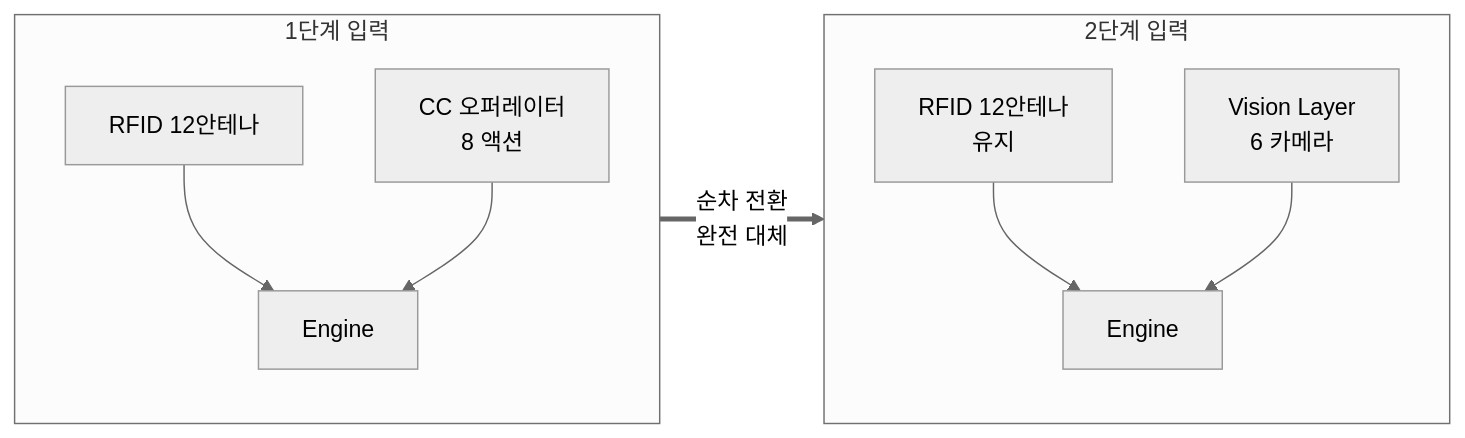
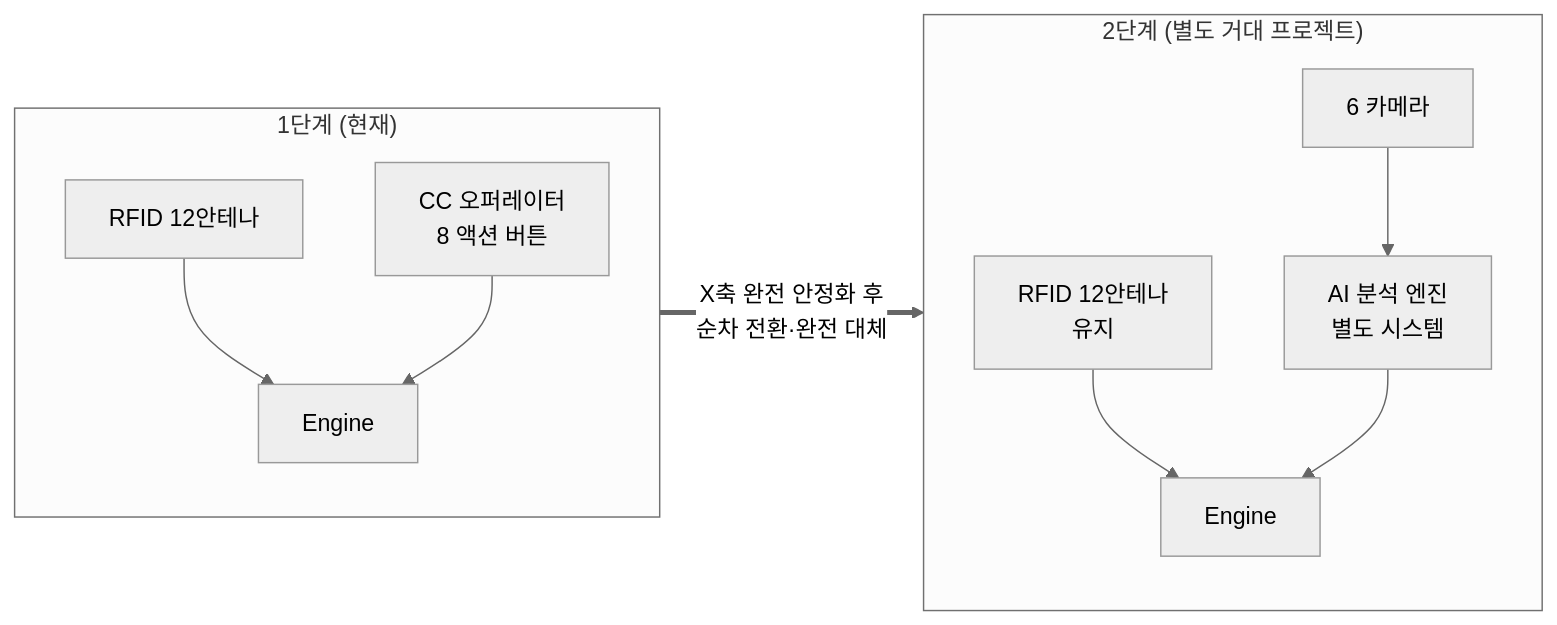
Before and after one commit to garimto81/ebs_github: diagram 14 of 17 in docs/1. Product/Foundation.md, drawn with Mermaid (neutral theme). The commit also changed other lines of this file and 2 other files, not shown here.

Commit message:
docs(foundation): v4.2 - A.1/A.2 실제 스크린샷 + Vision Layer 거대 프로젝트 확장

````diff
--- a/docs/1. Product/Foundation.md
+++ b/docs/1. Product/Foundation.md
@@ -819,12 +879,13 @@
 ```mermaid
 flowchart LR
-    subgraph S1["1단계 입력"]
+    subgraph S1["1단계 (현재)"]
         R1[RFID 12안테나] --> Eng1[Engine]
-        CC[CC 오퍼레이터<br/>8 액션] --> Eng1
+        CC[CC 오퍼레이터<br/>8 액션 버튼] --> Eng1
     end
-    subgraph S2["2단계 입력"]
+    subgraph S2["2단계 (별도 거대 프로젝트)"]
         R2[RFID 12안테나<br/>유지] --> Eng2[Engine]
-        CV[Vision Layer<br/>6 카메라] --> Eng2
+        Cam[6 카메라] --> AIEng[AI 분석 엔진<br/>별도 시스템]
+        AIEng --> Eng2
     end
-    S1 ==>|순차 전환<br/>완전 대체| S2
+    S1 ==>|X축 완전 안정화 후<br/>순차 전환·완전 대체| S2
 ```
````
